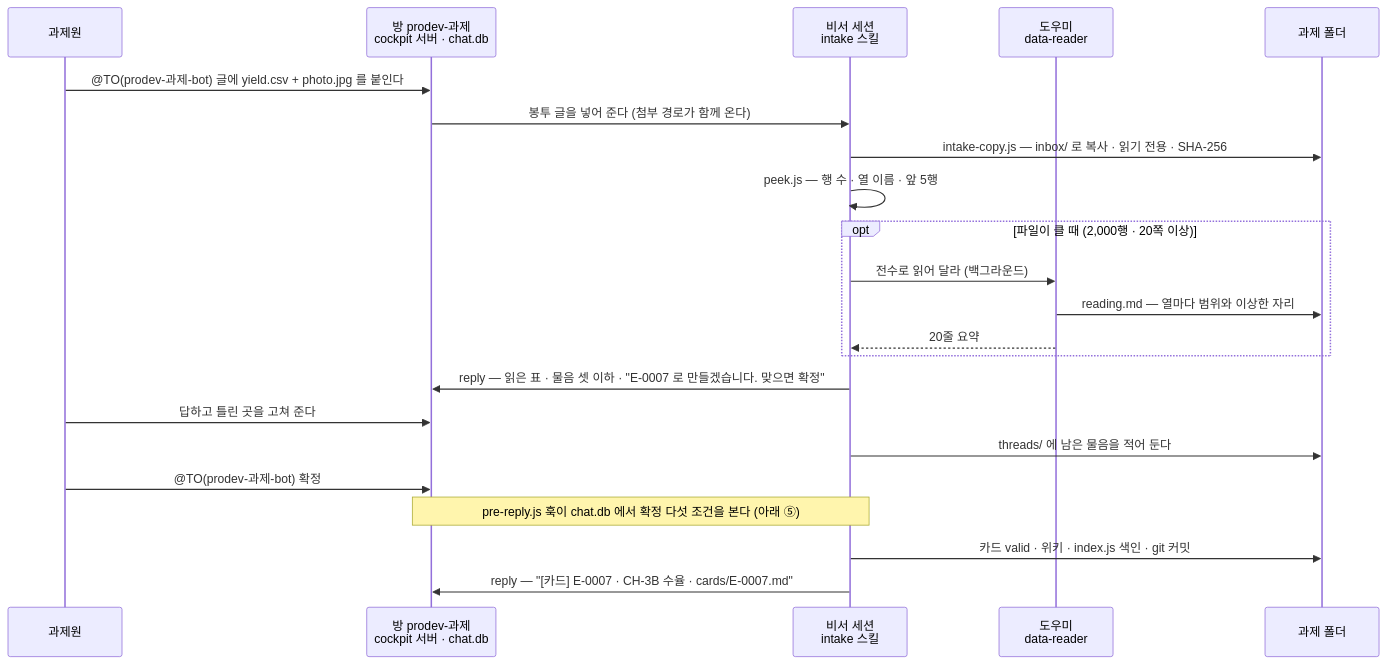
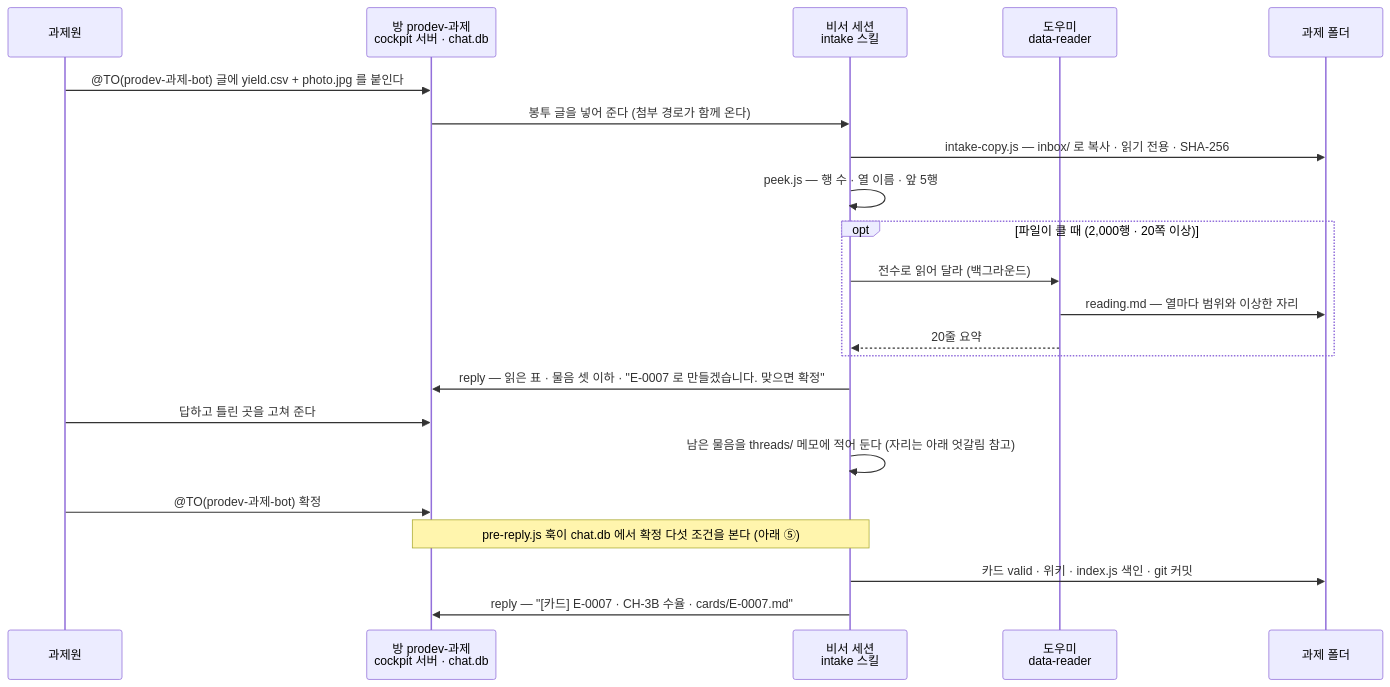
Before and after one commit to bjw202/prodev: the seventh of 17 diagrams in README.md, drawn with Mermaid. The commit also changed other lines of this file, not shown here.

````diff
--- a/README.md
+++ b/README.md
@@ -339,25 +339,25 @@
 ```mermaid
 sequenceDiagram
     participant M as 과제원
     participant R as 방 prodev-과제<br/>cockpit 서버 · chat.db
     participant B as 비서 세션<br/>intake 스킬
     participant D as 도우미<br/>data-reader
     participant P as 과제 폴더
 
     M->>R: @TO(prodev-과제-bot) 글에 yield.csv + photo.jpg 를 붙인다
     R->>B: 봉투 글을 넣어 준다 (첨부 경로가 함께 온다)
     B->>P: intake-copy.js — inbox/ 로 복사 · 읽기 전용 · SHA-256
     B->>B: peek.js — 행 수 · 열 이름 · 앞 5행
     opt 파일이 클 때 (2,000행 · 20쪽 이상)
         B->>D: 전수로 읽어 달라 (백그라운드)
         D->>P: reading.md — 열마다 범위와 이상한 자리
         D-->>B: 20줄 요약
     end
     B->>R: reply — 읽은 표 · 물음 셋 이하 · "E-0007 로 만들겠습니다. 맞으면 확정"
     M->>R: 답하고 틀린 곳을 고쳐 준다
-    B->>P: threads/ 에 남은 물음을 적어 둔다
+    B->>B: 남은 물음을 threads/ 메모에 적어 둔다 (자리는 아래 엇갈림 참고)
     M->>R: @TO(prodev-과제-bot) 확정
     Note over B,R: pre-reply.js 훅이 chat.db 에서 확정 다섯 조건을 본다 (아래 ⑤)
     B->>P: 카드 valid · 위키 · index.js 색인 · git 커밋
     B->>R: reply — "[카드] E-0007 · CH-3B 수율 · cards/E-0007.md"
 ```
````
